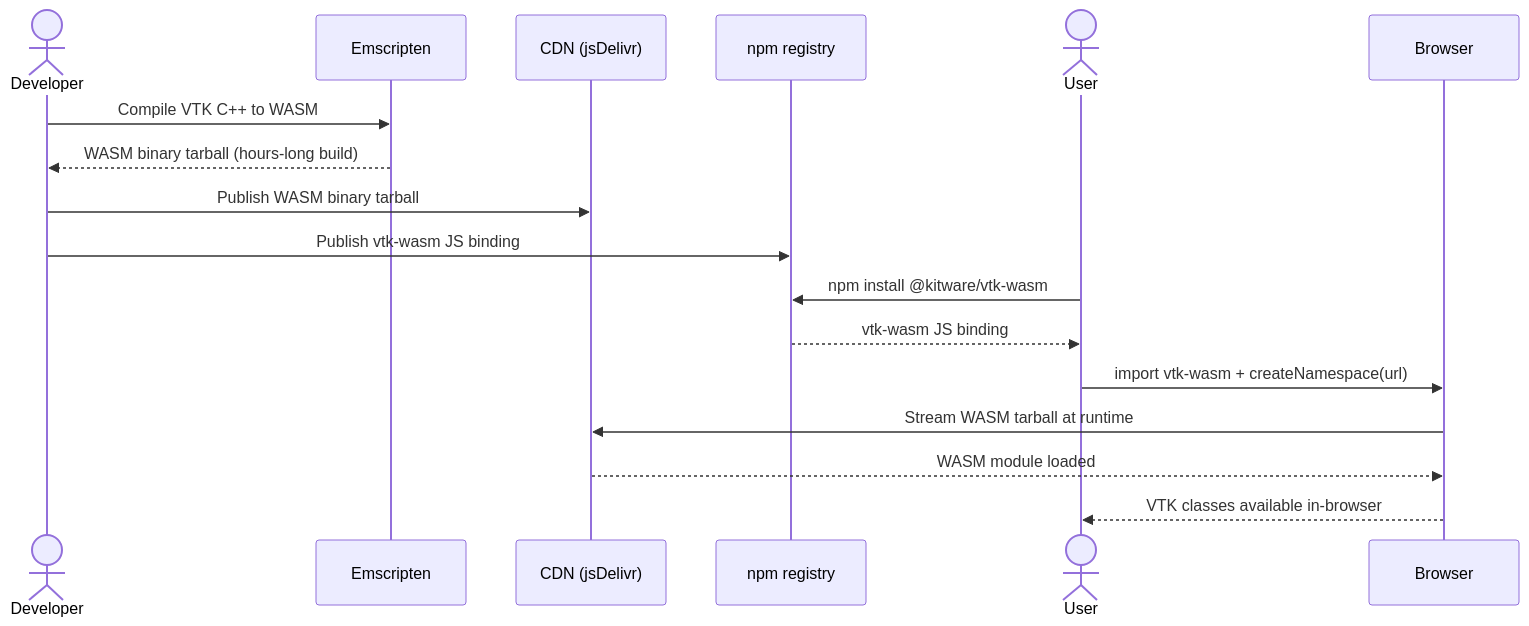
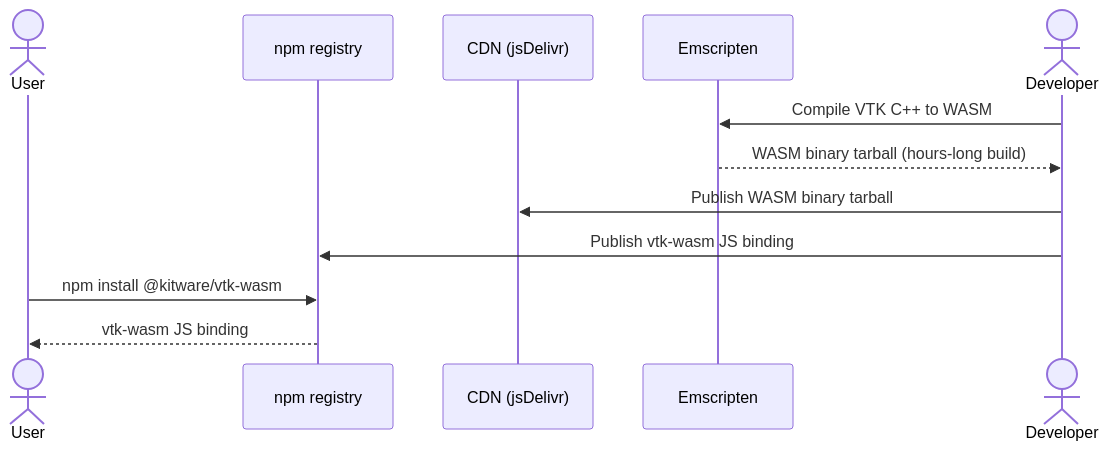
Before and after one commit to tkoyama010/pyvista-wasm: the third of 4 diagrams in slides/slides.md, drawn with Mermaid.

Commit message:
docs: reorder sequence diagram participants and remove runtime steps

````diff
--- a/slides/slides.md
+++ b/slides/slides.md
@@ -490,21 +490,16 @@
-```mermaid {scale: 0.55}
+```mermaid {scale: 0.70}
 sequenceDiagram
+    actor U as User
+    participant NPM as npm registry
+    participant CDN as CDN (jsDelivr)
+    participant E as Emscripten
     actor D as Developer
-    participant E as Emscripten
-    participant CDN as CDN (jsDelivr)
-    participant NPM as npm registry
-    actor U as User
-    participant B as Browser
 
     D->>E: Compile VTK C++ to WASM
     E-->>D: WASM binary tarball (hours-long build)
     D->>CDN: Publish WASM binary tarball
     D->>NPM: Publish vtk-wasm JS binding
 
     U->>NPM: npm install @kitware/vtk-wasm
     NPM-->>U: vtk-wasm JS binding
-    U->>B: import vtk-wasm + createNamespace(url)
-    B->>CDN: Stream WASM tarball at runtime
-    CDN-->>B: WASM module loaded
-    B-->>U: VTK classes available in-browser
 ```
````
